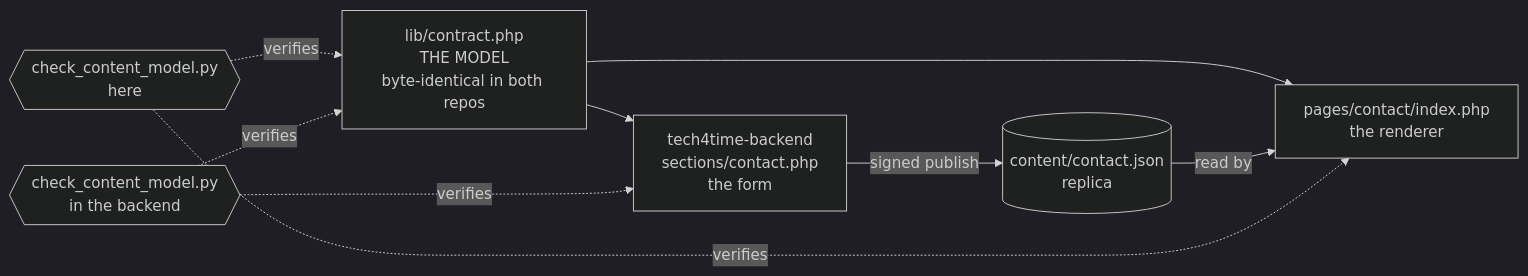
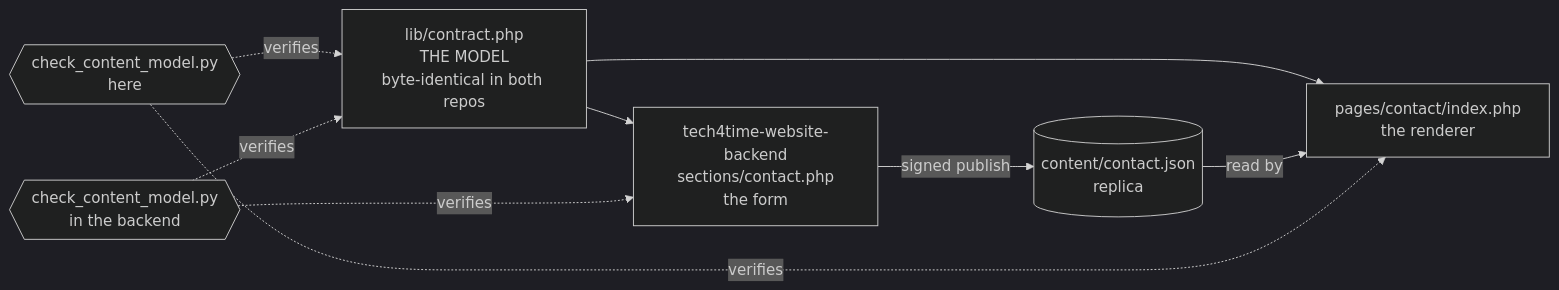
The third of 3 diagrams in docs/00-orientation/architecture.md (M-s-Tech4TIME/tech4time-website-frontend), drawn with Mermaid (dark theme) before and after one commit. The commit also changed other lines of this file and 44 other files, not shown here.

````diff
--- a/docs/00-orientation/architecture.md
+++ b/docs/00-orientation/architecture.md
@@ -191,12 +191,12 @@
 ```mermaid
 flowchart LR
     M["lib/contract.php<br/>THE MODEL<br/>byte-identical in both repos"]
-    M --> F["tech4time-backend<br/>sections/contact.php<br/>the form"]
+    M --> F["tech4time-website-backend<br/>sections/contact.php<br/>the form"]
     M --> R["pages/contact/index.php<br/>the renderer"]
     F -->|"signed publish"| J[("content/contact.json<br/>replica")]
     J -->|read by| R
     C{{"check_content_model.py<br/>here"}} -.verifies.-> M
     C -.verifies.-> R
     C2{{"check_content_model.py<br/>in the backend"}} -.verifies.-> M
     C2 -.verifies.-> F
 ```
````
